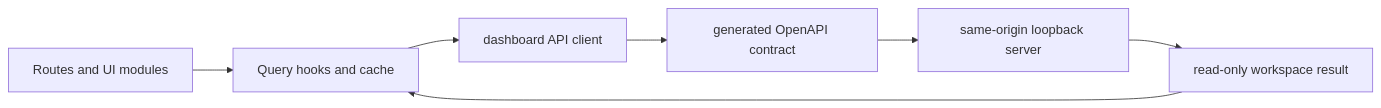
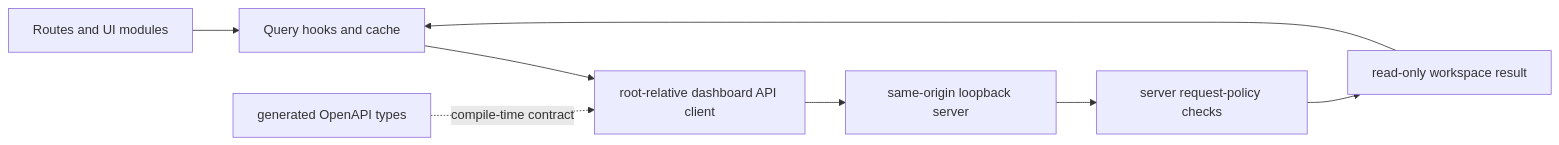
One commit to eddacraft/eddacraft-tui changed the diagram in apps/dashboard/ARCHITECTURE.md. Above: the diagram before and after it, drawn with Mermaid. The commit also changed other lines of this file and 7 other files, not shown here.

First line of the commit message:
docs(architecture): repair component pilot claims

````diff
--- a/apps/dashboard/ARCHITECTURE.md
+++ b/apps/dashboard/ARCHITECTURE.md
@@ -29,9 +31,10 @@
 ```mermaid
 flowchart LR
     UI[Routes and UI modules] --> Query[Query hooks and cache]
-    Query --> Client[dashboard API client]
-    Client --> Contract[generated OpenAPI contract]
-    Contract --> Server[same-origin loopback server]
-    Server --> Result[read-only workspace result]
+    Query --> Client[root-relative dashboard API client]
+    Contract[generated OpenAPI types] -. compile-time contract .-> Client
+    Client --> Server[same-origin loopback server]
+    Server --> Policy[server request-policy checks]
+    Policy --> Result[read-only workspace result]
     Result --> Query
 ```
````
